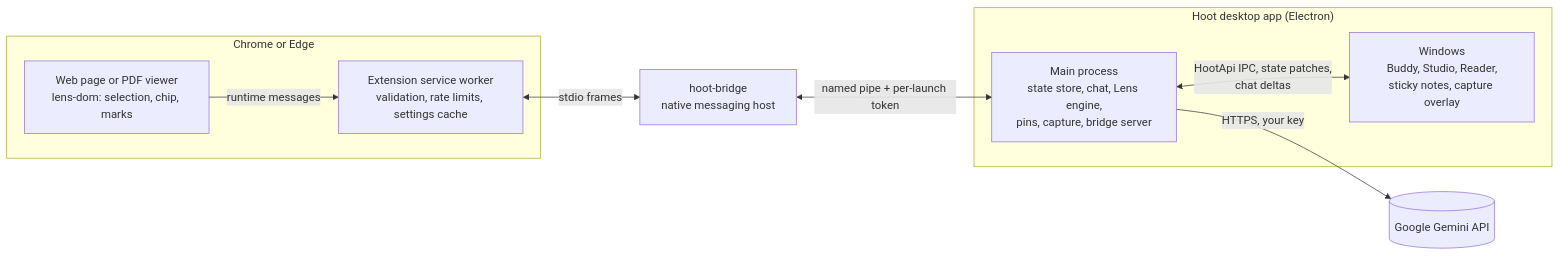
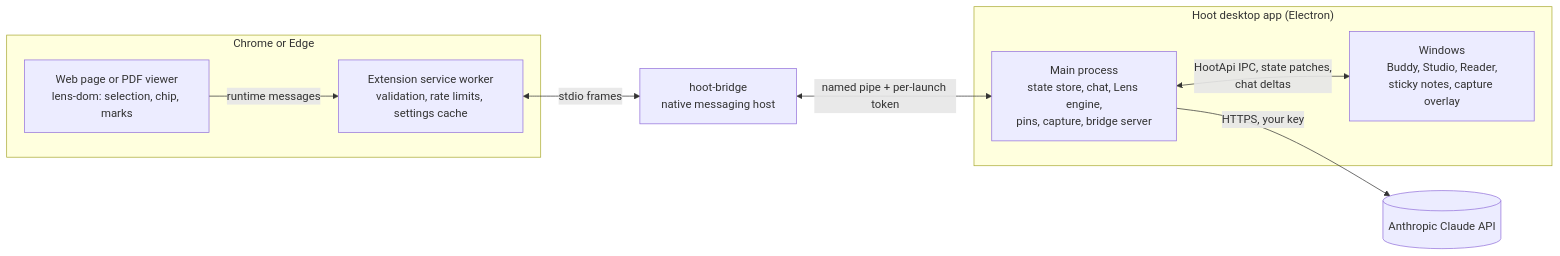
Before and after one commit to Nika533/hacktober: the diagram in README.md, drawn with Mermaid. The commit also changed other lines of this file and 56 other files, not shown here.

````diff
--- a/README.md
+++ b/README.md
@@ -71,18 +72,18 @@
 ```mermaid
 flowchart LR
   subgraph Browser["Chrome or Edge"]
     page["Web page or PDF viewer<br/>lens-dom: selection, chip, marks"]
     sw["Extension service worker<br/>validation, rate limits, settings cache"]
     page -- "runtime messages" --> sw
   end
   host["hoot-bridge<br/>native messaging host"]
   subgraph App["Hoot desktop app (Electron)"]
     main["Main process<br/>state store, chat, Lens engine,<br/>pins, capture, bridge server"]
     win["Windows<br/>Buddy, Studio, Reader,<br/>sticky notes, capture overlay"]
     main <-- "HootApi IPC, state patches,<br/>chat deltas" --> win
   end
-  gemini[("Google Gemini API")]
+  claude[("Anthropic Claude API")]
   sw <-- "stdio frames" --> host
   host <-- "named pipe + per-launch token" --> main
-  main -- "HTTPS, your key" --> gemini
+  main -- "HTTPS, your key" --> claude
 ```
````
